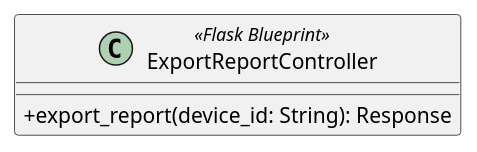
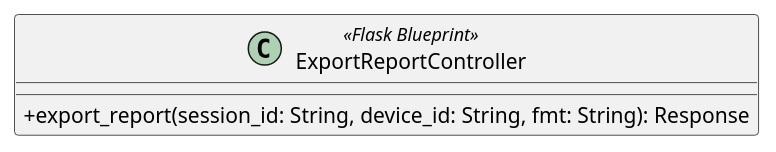
One commit to GroupRubberDuck/Documentazione changed the diagram in src/PB/DocumentazioneEsterna/Specifica_Tecnica/content/05-diagrammi-classi/uml/puml/Backend/InboundAdapters/ExportReportController.puml. Above: the diagram before and after it, drawn with PlantUML. The commit also changed 70 other files, not shown here.

```diff
--- a/src/PB/DocumentazioneEsterna/Specifica_Tecnica/content/05-diagrammi-classi/uml/puml/Backend/InboundAdapters/ExportReportController.puml
+++ b/src/PB/DocumentazioneEsterna/Specifica_Tecnica/content/05-diagrammi-classi/uml/puml/Backend/InboundAdapters/ExportReportController.puml
@@ -1,8 +1,8 @@
 @startuml ExportReportController
 skinparam classAttributeIconSize 0
 
 class ExportReportController <<Flask Blueprint>> {
-    + export_report(device_id: String): Response
+    + export_report(session_id: String, device_id: String, fmt: String): Response
 }
 
 @enduml
```
